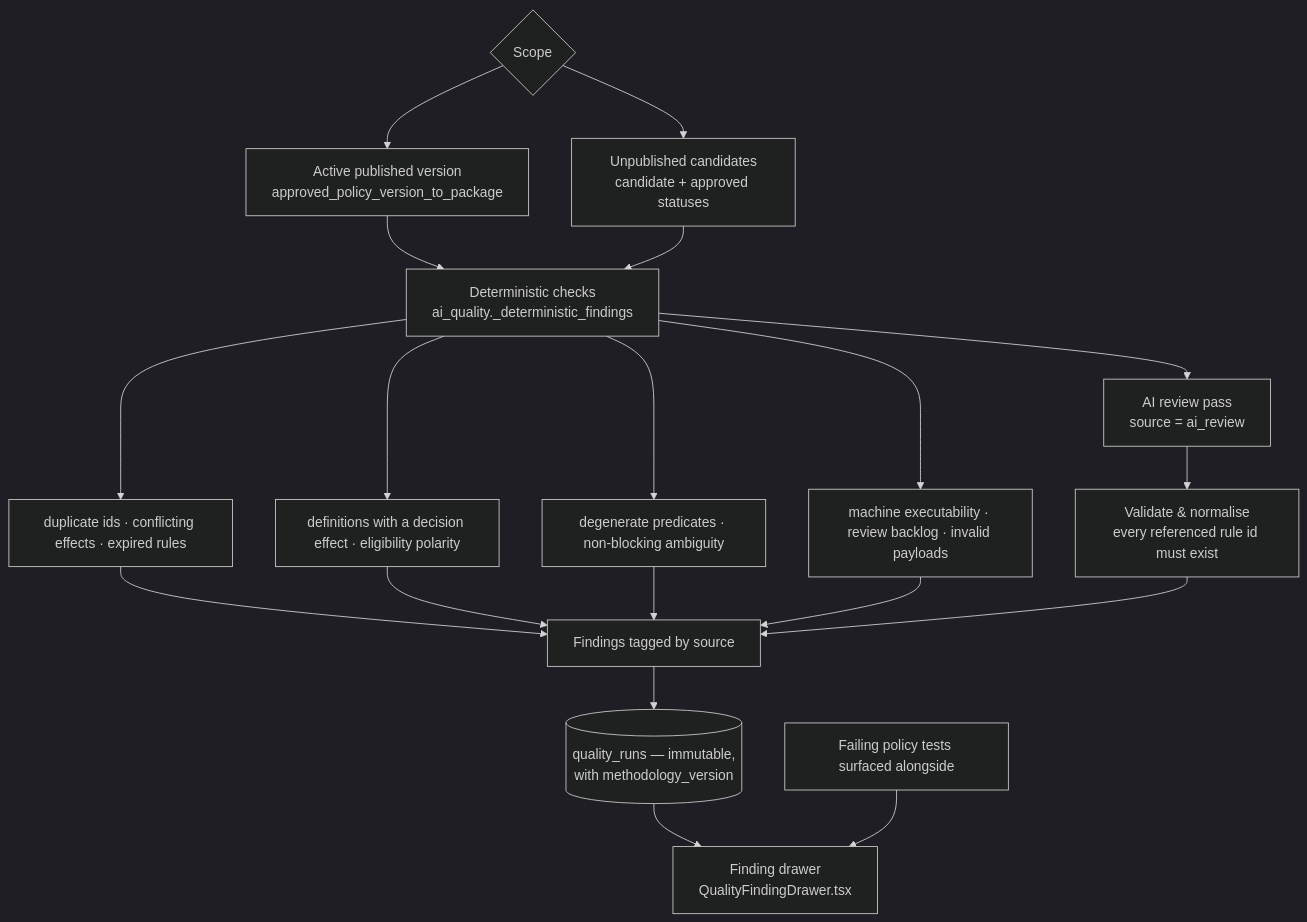
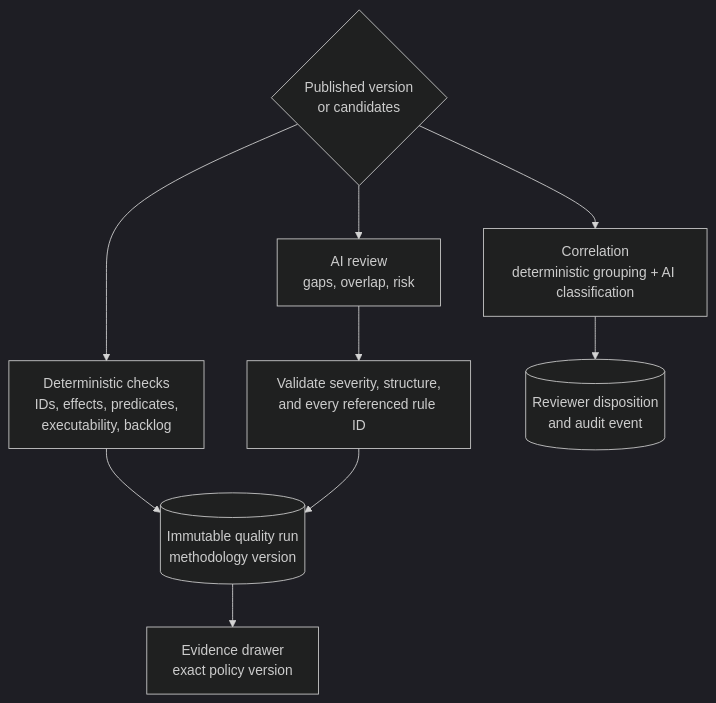
Before and after one commit to taomar/policy-governance-engine: the fifth of 7 diagrams in docs/capability-flows.md, drawn with Mermaid (dark theme). The commit also changed other lines of this file and 3 other files, not shown here.

Commit message:
docs: simplify document control flows

````diff
--- a/docs/capability-flows.md
+++ b/docs/capability-flows.md
@@ -466,24 +125,15 @@
 ```mermaid
 flowchart TD
-    Scope{"Scope"}
-    Pub["Active published version<br/>approved_policy_version_to_package"]
-    Cand["Unpublished candidates<br/>candidate + approved statuses"]
-    Det["Deterministic checks<br/>ai_quality._deterministic_findings"]
-    D1["duplicate ids · conflicting effects · expired rules"]
-    D2["definitions with a decision effect · eligibility polarity"]
-    D3["degenerate predicates · non-blocking ambiguity"]
-    D4["machine executability · review backlog · invalid payloads"]
-    AI["AI review pass<br/>source = ai_review"]
-    Norm["Validate & normalise<br/>every referenced rule id must exist"]
-    Merge["Findings tagged by source"]
-    Run[("quality_runs — immutable,<br/>with methodology_version")]
-    Drawer["Finding drawer<br/>QualityFindingDrawer.tsx"]
-    Tests["Failing policy tests surfaced alongside"]
+    Scope{"Published version<br/>or candidates"}
+    Deterministic["Deterministic checks<br/>IDs, effects, predicates,<br/>executability, backlog"]
+    AI["AI review<br/>gaps, overlap, risk"]
+    Validate["Validate severity, structure,<br/>and every referenced rule ID"]
+    Findings[("Immutable quality run<br/>methodology version")]
+    Evidence["Evidence drawer<br/>exact policy version"]
+    Correlation["Correlation<br/>deterministic grouping + AI classification"]
+    Disposition[("Reviewer disposition<br/>and audit event")]
 
-    Scope --> Pub --> Det
-    Scope --> Cand --> Det
-    Det --> D1 & D2 & D3 & D4 --> Merge
-    Det --> AI --> Norm --> Merge
-    Merge --> Run --> Drawer
-    Tests --> Drawer
+    Scope --> Deterministic --> Findings --> Evidence
+    Scope --> AI --> Validate --> Findings
+    Scope --> Correlation --> Disposition
 ```
````
